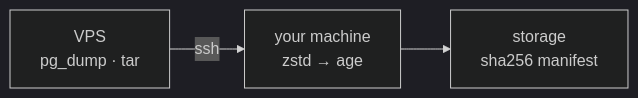
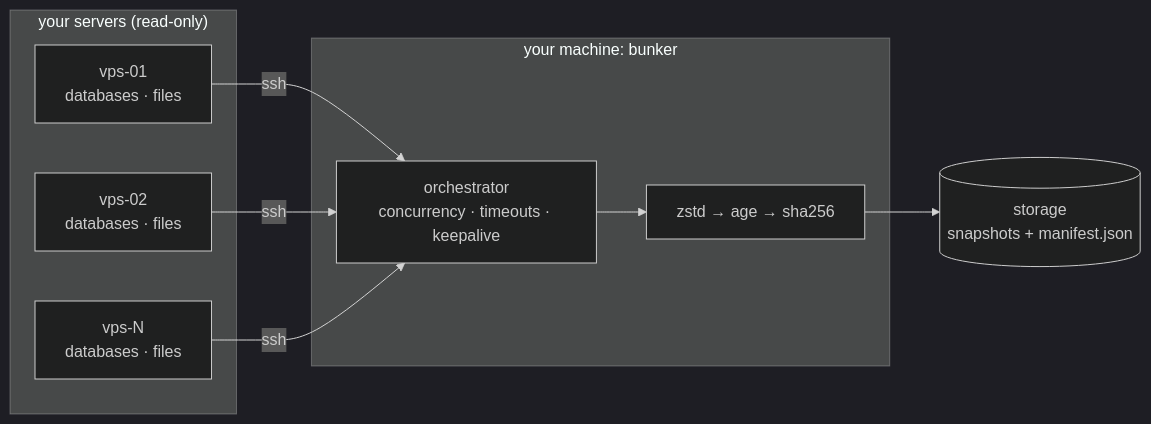
One commit to kushal1o1/bunker changed the diagram in README.md. Above: the diagram before and after it, drawn with Mermaid (dark theme). The commit also changed other lines of this file, not shown here.

````diff
--- a/README.md
+++ b/README.md
@@ -14,4 +26,16 @@
 ```mermaid
 flowchart LR
-    A["VPS<br/>pg_dump · tar"] -->|ssh| B["your machine<br/>zstd → age"] --> C["storage<br/>sha256 manifest"]
+    subgraph fleet["your servers (read-only)"]
+        V1["vps-01<br/>databases · files"]
+        V2["vps-02<br/>databases · files"]
+        V3["vps-N<br/>databases · files"]
+    end
+    subgraph you["your machine: bunker"]
+        O["orchestrator<br/>concurrency · timeouts · keepalive"]
+        P["zstd → age → sha256"]
+    end
+    V1 -->|ssh| O
+    V2 -->|ssh| O
+    V3 -->|ssh| O
+    O --> P --> S[("storage<br/>snapshots + manifest.json")]
 ```
````
